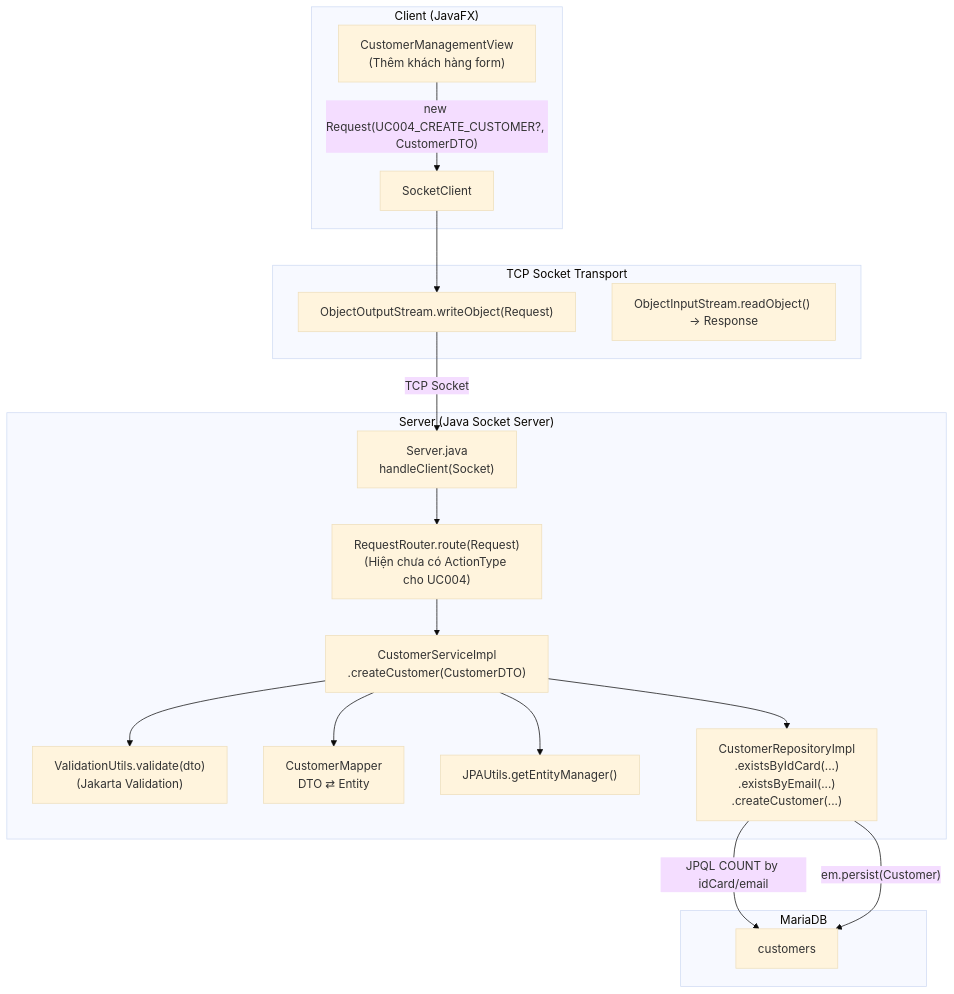
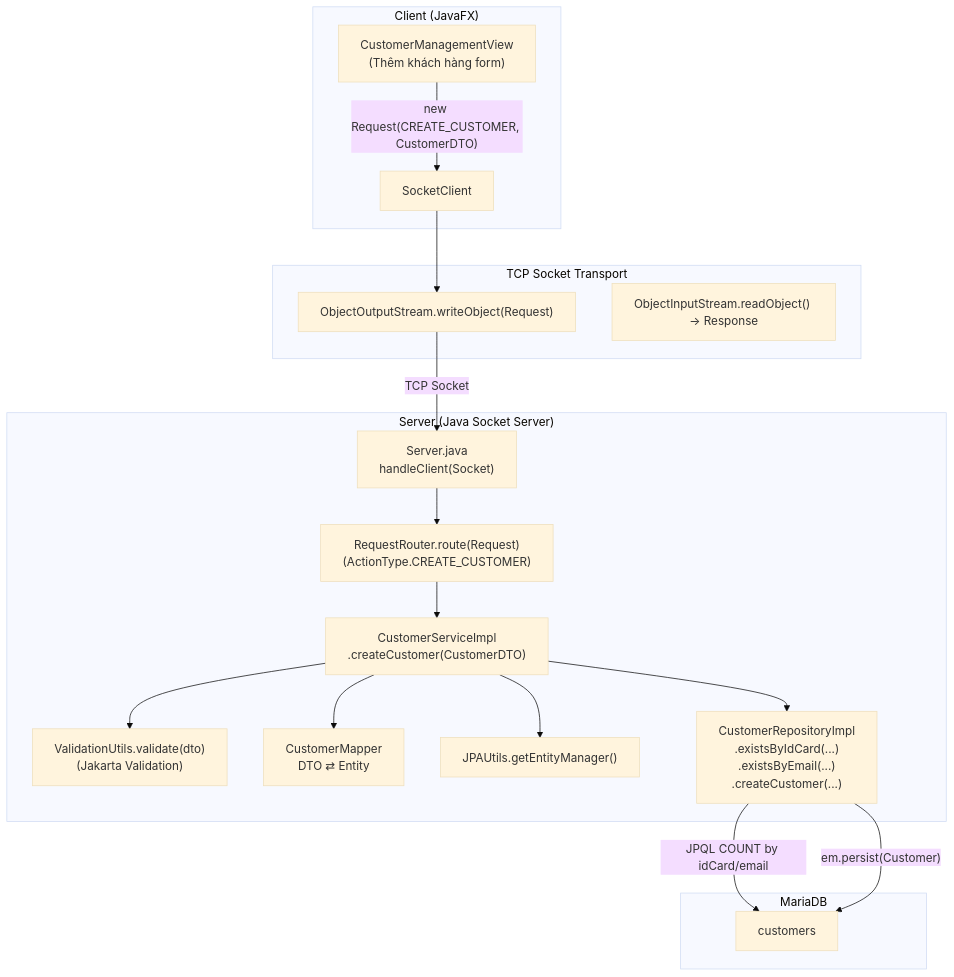
One commit to Distributed-Programing-Project/railway-reservation-system-server changed the first of 3 diagrams in docs/diagrams/sequence/uc004-them-khach-hang.md. Above: the diagram before and after it, drawn with Mermaid (base theme). The commit also changed other lines of this file and 5 other files, not shown here.

Commit message:
refactor: remove all emoji in sequence

````diff
--- a/docs/diagrams/sequence/uc004-them-khach-hang.md
+++ b/docs/diagrams/sequence/uc004-them-khach-hang.md
@@ -7,40 +7,40 @@
 ```mermaid
 graph TB
     subgraph CLIENT ["Client (JavaFX)"]
         UI["CustomerManagementView\n(Thêm khách hàng form)"]
         SC["SocketClient"]
     end
 
     subgraph TRANSPORT ["TCP Socket Transport"]
         OOS["ObjectOutputStream.writeObject(Request)"]
         OIS["ObjectInputStream.readObject() → Response"]
     end
 
     subgraph SERVER ["Server (Java Socket Server)"]
         SRV["Server.java\nhandleClient(Socket)"]
-        RR["RequestRouter.route(Request)\n(Hiện chưa có ActionType cho UC004)"]
+        RR["RequestRouter.route(Request)\n(ActionType.CREATE_CUSTOMER)"]
         SVC["CustomerServiceImpl\n.createCustomer(CustomerDTO)"]
         VAL["ValidationUtils.validate(dto)\n(Jakarta Validation)"]
         MAP["CustomerMapper\nDTO ⇄ Entity"]
         JPA["JPAUtils.getEntityManager()"]
         REPO["CustomerRepositoryImpl\n.existsByIdCard(...)\n.existsByEmail(...)\n.createCustomer(...)"]
     end
 
     subgraph DB ["MariaDB"]
         T_CUS["customers"]
     end
 
-    UI -- "new Request(UC004_CREATE_CUSTOMER?, CustomerDTO)" --> SC
+    UI -- "new Request(CREATE_CUSTOMER, CustomerDTO)" --> SC
     SC --> OOS
     OOS -- "TCP Socket" --> SRV
     SRV --> RR
     RR --> SVC
 
     SVC --> VAL
     SVC --> JPA
     SVC --> REPO
     SVC --> MAP
 
     REPO -- "JPQL COUNT by idCard/email" --> T_CUS
     REPO -- "em.persist(Customer)" --> T_CUS
 ```
````
